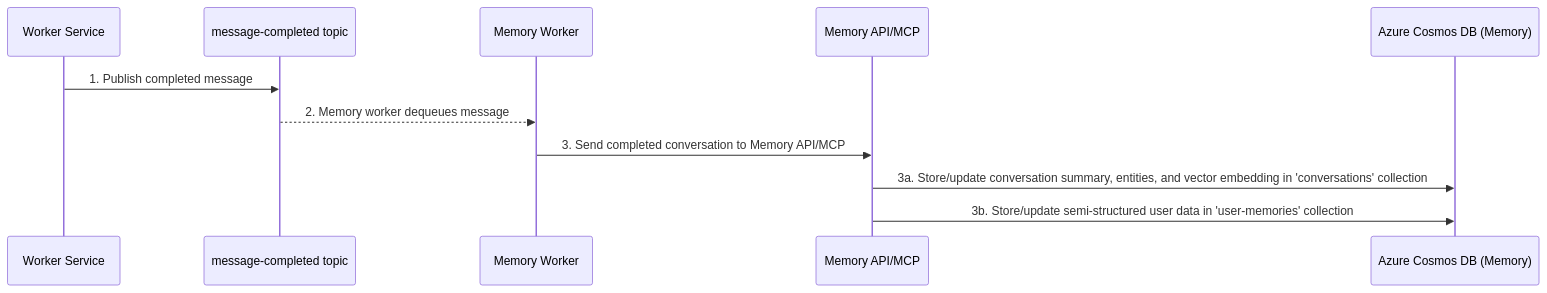
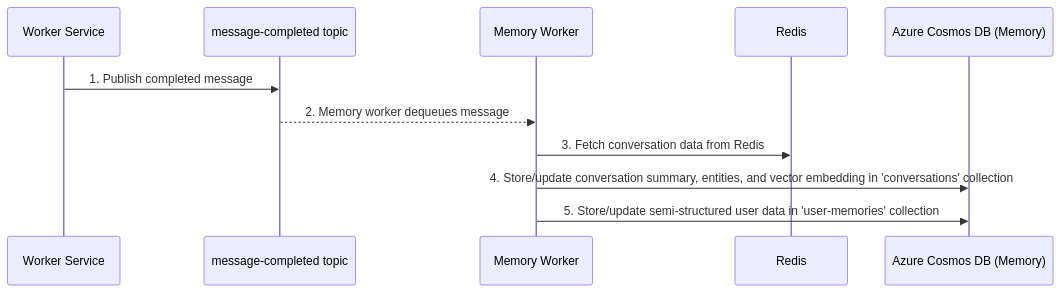
One commit to tkubica12/scalable-ai-chat changed the fourth of 5 diagrams in docs/Architecture.md. Above: the diagram before and after it, drawn with Mermaid. The commit also changed other lines of this file, not shown here.

````diff
--- a/docs/Architecture.md
+++ b/docs/Architecture.md
@@ -191,14 +191,14 @@
 ```mermaid
 sequenceDiagram
     participant W as Worker Service
     participant CC as message-completed topic
     participant MW as Memory Worker
-    participant MA as Memory API/MCP
+    participant R as Redis
     participant CDBM as Azure Cosmos DB (Memory)
 
     W->>CC: 1. Publish completed message
     CC-->>MW: 2. Memory worker dequeues message
-    MW->>MA: 3. Send completed conversation to Memory API/MCP
-    MA->>CDBM: 3a. Store/update conversation summary, entities, and vector embedding in 'conversations' collection
-    MA->>CDBM: 3b. Store/update semi-structured user data in 'user-memories' collection
+    MW->>R: 3. Fetch conversation data from Redis
+    MW->>CDBM: 4. Store/update conversation summary, entities, and vector embedding in 'conversations' collection
+    MW->>CDBM: 5. Store/update semi-structured user data in 'user-memories' collection
 ```
````
